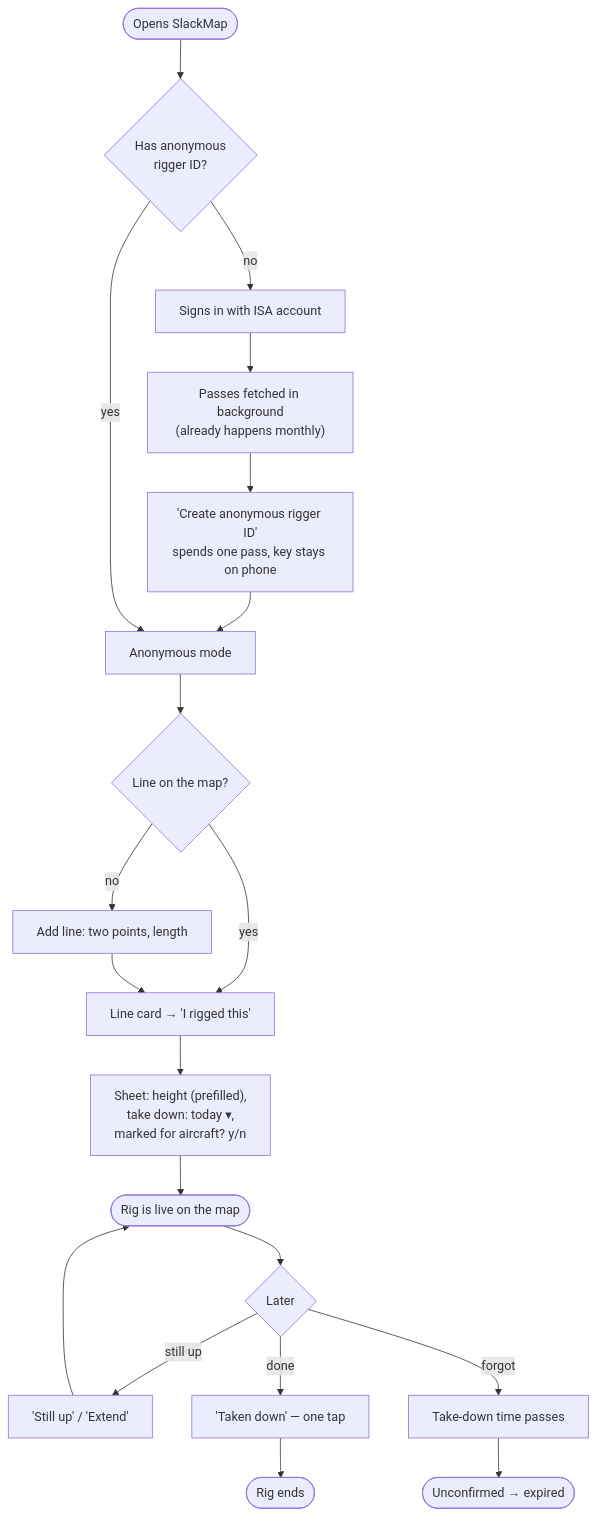
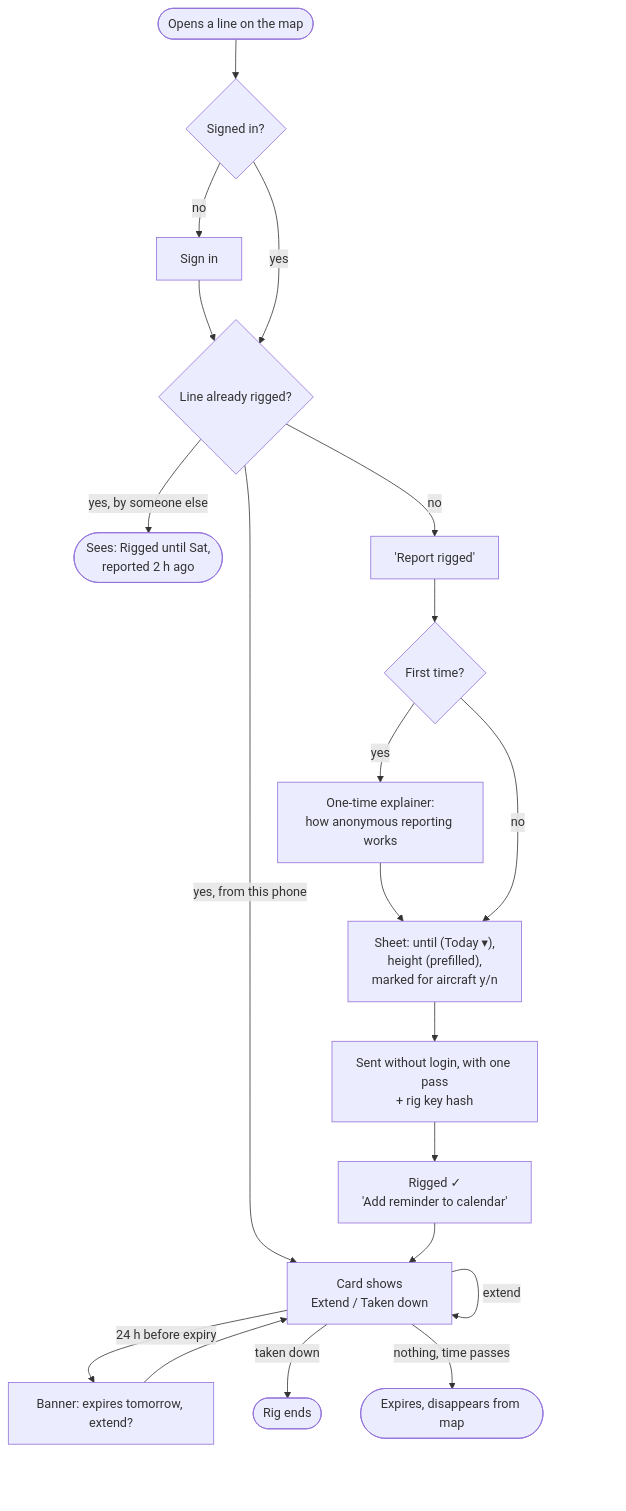
The second of 4 diagrams in specs/slackmap-live-lines/flows.md (International-Slackline-Association/isa), drawn with Mermaid before and after one commit. The commit also changed other lines of this file and 5 other files, not shown here.

Commit message:
specs/slackmap-live-lines: rigging extends existing lines in the current map files; owner-only edit through a rig key kept on the phone; blind-signed pass kept, burner accounts dropped; calendar and banner reminders; phone wireframes of map, line card and reporting

````diff
--- a/specs/slackmap-live-lines/flows.md
+++ b/specs/slackmap-live-lines/flows.md
@@ -37,20 +33,19 @@
 ```mermaid
 flowchart TD
-    A([Opens SlackMap]) --> B{Has anonymous<br/>rigger ID?}
-    B -- no --> C["Signs in with ISA account"]
-    C --> D["Passes fetched in background<br/>(already happens monthly)"]
-    D --> E["'Create anonymous rigger ID'<br/>spends one pass, key stays on phone"]
-    E --> F
-    B -- yes --> F["Anonymous mode"]
-
-    F --> G{Line on the map?}
-    G -- yes --> H["Line card → 'I rigged this'"]
-    G -- no --> I["Add line: two points, length"] --> H
-    H --> J["Sheet: height (prefilled),<br/>take down: today ▾,<br/>marked for aircraft? y/n"]
-    J --> K(["Rig is live on the map"])
-
-    K --> L{Later}
-    L -- still up --> M["'Still up' / 'Extend'"] --> K
-    L -- done --> N["'Taken down' — one tap"] --> O([Rig ends])
-    L -- forgot --> P["Take-down time passes"] --> Q(["Unconfirmed → expired"])
+    A([Opens a line on the map]) --> B{Signed in?}
+    B -- no --> S["Sign in"] --> C
+    B -- yes --> C{Line already rigged?}
+    C -- "yes, by someone else" --> V(["Sees: Rigged until Sat,<br/>reported 2 h ago"])
+    C -- "yes, from this phone" --> O["Card shows<br/>Extend / Taken down"]
+    C -- no --> R["'Report rigged'"]
+    R --> F{First time?}
+    F -- yes --> E["One-time explainer:<br/>how anonymous reporting works"] --> Sh
+    F -- no --> Sh["Sheet: until (Today ▾),<br/>height (prefilled),<br/>marked for aircraft y/n"]
+    Sh --> K["Sent without login, with one pass<br/>+ rig key hash"]
+    K --> Done["Rigged ✓<br/>'Add reminder to calendar'"]
+    Done --> O
+    O -- extend --> O
+    O -- "24 h before expiry" --> Ban["Banner: expires tomorrow, extend?"] --> O
+    O -- taken down --> End([Rig ends])
+    O -- "nothing, time passes" --> Exp([Expires, disappears from map])
 ```
````
